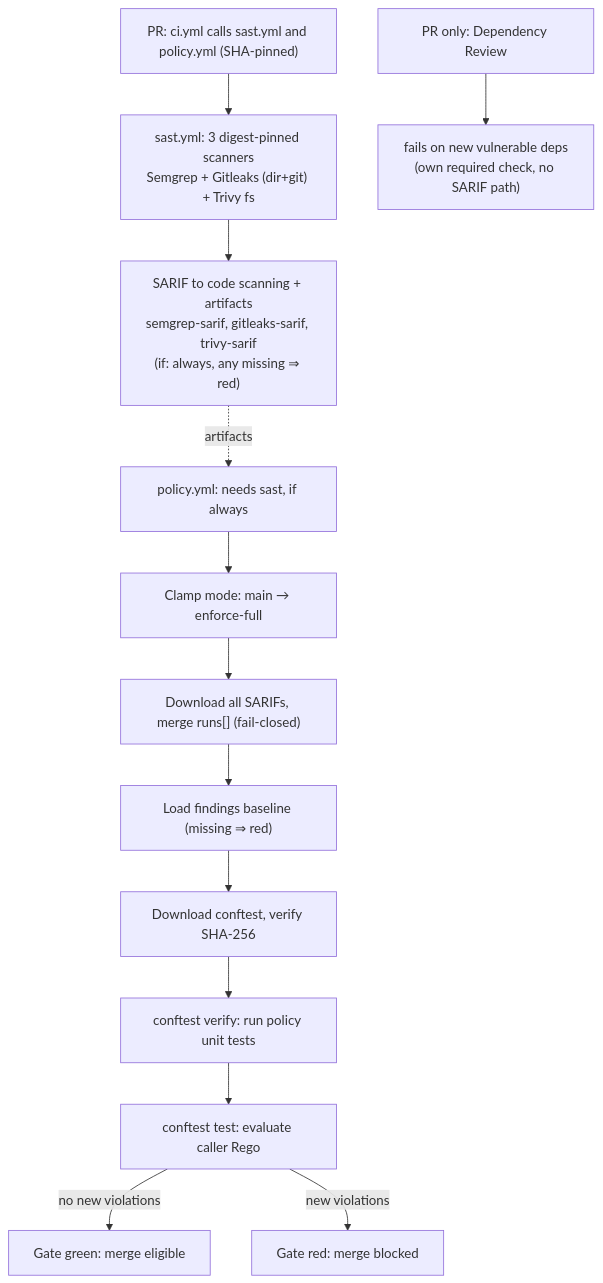
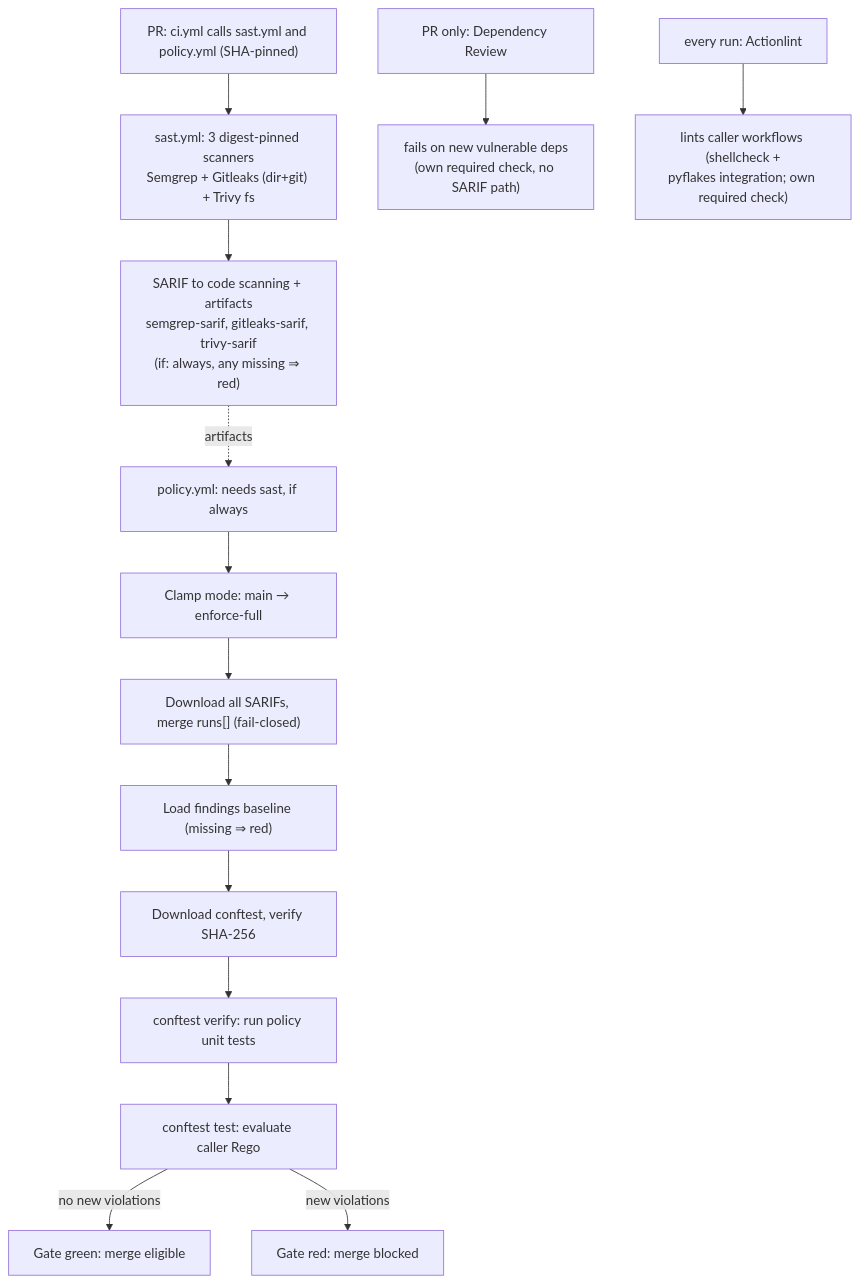
One commit to enofei/reusable-build-test changed the second of 2 diagrams in README.md. Above: the diagram before and after it, drawn with Mermaid. The commit also changed other lines of this file and 1 other file, not shown here.

First line of the commit message:
feat(sast): add actionlint job (pinned, checksum-verified, shellcheck+pyflakes)

````diff
--- a/README.md
+++ b/README.md
@@ -57,15 +57,16 @@
 ```mermaid
 flowchart TD
     A["PR: ci.yml calls sast.yml and policy.yml (SHA-pinned)"] --> B["sast.yml: 3 digest-pinned scanners<br/>Semgrep + Gitleaks (dir+git) + Trivy fs"]
     A2["PR only: Dependency Review"] --> B2["fails on new vulnerable deps<br/>(own required check, no SARIF path)"]
+    A3["every run: Actionlint"] --> B3["lints caller workflows (shellcheck +<br/>pyflakes integration; own required check)"]
     B --> C["SARIF to code scanning + artifacts<br/>semgrep-sarif, gitleaks-sarif, trivy-sarif<br/>(if: always, any missing ⇒ red)"]
     D["policy.yml: needs sast, if always"] --> E["Clamp mode: main → enforce-full"]
     E --> F["Download all SARIFs, merge runs[] (fail-closed)"]
     F --> G["Load findings baseline (missing ⇒ red)"]
     G --> H["Download conftest, verify SHA-256"]
     H --> I["conftest verify: run policy unit tests"]
     I --> J["conftest test: evaluate caller Rego"]
     C -. artifacts .-> D
     J -->|no new violations| K["Gate green: merge eligible"]
     J -->|new violations| L["Gate red: merge blocked"]
 ```
````
